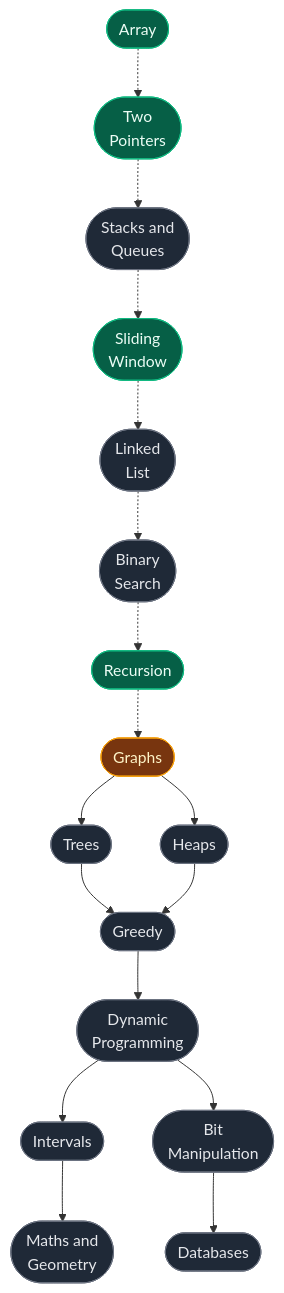
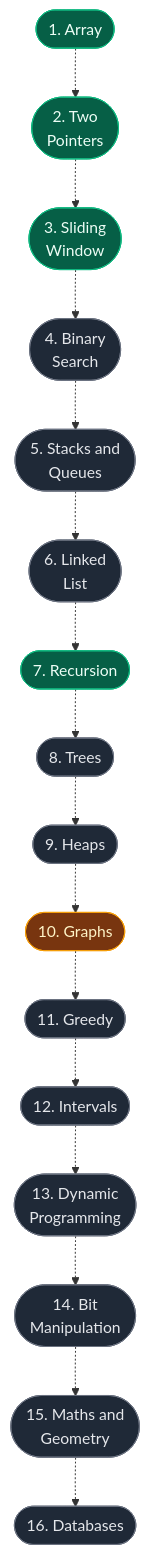
The second of 2 diagrams in README.md (ajay-nikumbh/dsa-notes), drawn with Mermaid before and after one commit. The commit also changed other lines of this file, not shown here.

Commit message:
Enlarge note-shape diagram and reorder roadmap by learning prerequisites
- Note-shape diagram is now vertical with large rounded nodes, numbered
  1-12, and matches the current note layout (visual walkthrough,
  step-by-step dry run, optimal code + tests, interview explanation);
  the old "Verify" step is gone.
- Roadmap is a single numbered vertical path in prerequisite order:
  Array, Two Pointers, Sliding Window, Binary Search, Stacks and
  Queues, Linked List, Recursion, Trees, Heaps, Graphs, Greedy,
  Intervals, Dynamic Programming, Bit Manipulation, Maths and Geometry,
  Databases. A short paragraph explains the order.

````diff
--- a/README.md
+++ b/README.md
@@ -52,25 +55,23 @@
 ```mermaid
 flowchart TD
-    A(["Array"]):::done -.-> B(["Two<br/>Pointers"]):::done
-    B -.-> C(["Stacks and<br/>Queues"]):::todo
-    C -.-> D(["Sliding<br/>Window"]):::done
-    D -.-> E(["Linked<br/>List"]):::todo
-    E -.-> F(["Binary<br/>Search"]):::todo
-    F -.-> G(["Recursion"]):::done
-    G -.-> H(["Graphs"]):::inprog
-
-    H --> I(["Trees"]):::todo
-    H --> J(["Heaps"]):::todo
-    I --> K(["Greedy"]):::todo
-    J --> K
-    K --> L(["Dynamic<br/>Programming"]):::todo
-    L --> M(["Intervals"]):::todo
-    L --> N(["Bit<br/>Manipulation"]):::todo
-    M --> O(["Maths and<br/>Geometry"]):::todo
-    N --> P(["Databases"]):::todo
+    A(["1. Array"]):::done
+    A -.-> B(["2. Two<br/>Pointers"]):::done
+    B -.-> C(["3. Sliding<br/>Window"]):::done
+    C -.-> D(["4. Binary<br/>Search"]):::todo
+    D -.-> E(["5. Stacks and<br/>Queues"]):::todo
+    E -.-> F(["6. Linked<br/>List"]):::todo
+    F -.-> G(["7. Recursion"]):::done
+    G -.-> H(["8. Trees"]):::todo
+    H -.-> I(["9. Heaps"]):::todo
+    I -.-> J(["10. Graphs"]):::inprog
+    J -.-> K(["11. Greedy"]):::todo
+    K -.-> L(["12. Intervals"]):::todo
+    L -.-> M(["13. Dynamic<br/>Programming"]):::todo
+    M -.-> N(["14. Bit<br/>Manipulation"]):::todo
+    N -.-> O(["15. Maths and<br/>Geometry"]):::todo
+    O -.-> P(["16. Databases"]):::todo
 
     classDef done fill:#065f46,stroke:#10b981,color:#ecfdf5
     classDef inprog fill:#78350f,stroke:#f59e0b,color:#fef3c7
-    classDef next fill:#1e3a5f,stroke:#3b82f6,color:#dbeafe
     classDef todo fill:#1f2937,stroke:#6b7280,color:#e5e7eb
 ```
````
